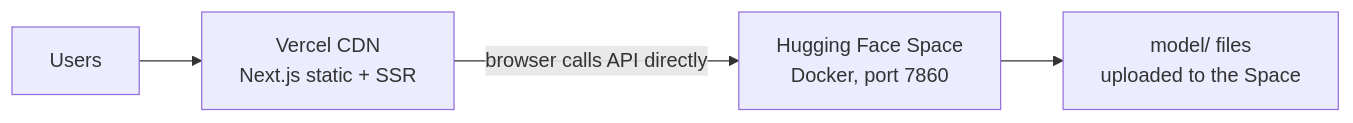
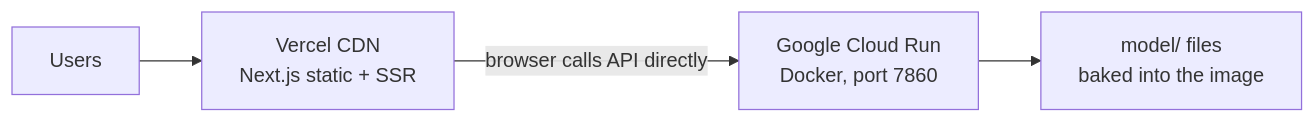
The fifth of 5 diagrams in docs/ARCHITECTURE.md (ahmedessam792/oral-disease-ai-classifier), drawn with Mermaid before and after one commit. The commit also changed other lines of this file and 3 other files, not shown here.

````diff
--- a/docs/ARCHITECTURE.md
+++ b/docs/ARCHITECTURE.md
@@ -116,6 +116,6 @@
 ```mermaid
 flowchart LR
     U[Users] --> V[Vercel CDN<br/>Next.js static + SSR]
-    V -->|browser calls API directly| HF[Hugging Face Space<br/>Docker, port 7860]
-    HF --> MODEL[model/ files<br/>uploaded to the Space]
+    V -->|browser calls API directly| CR[Google Cloud Run<br/>Docker, port 7860]
+    CR --> MODEL[model/ files<br/>baked into the image]
 ```
````
